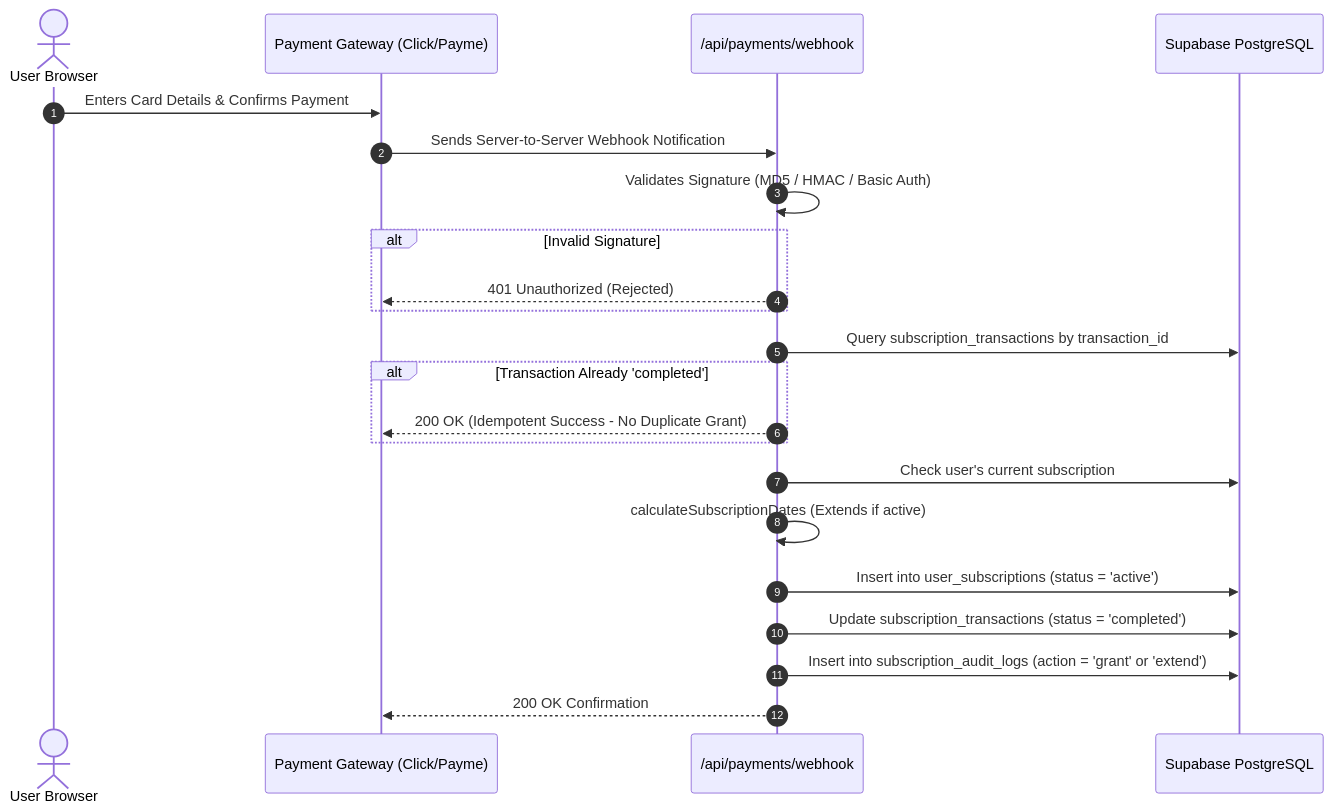
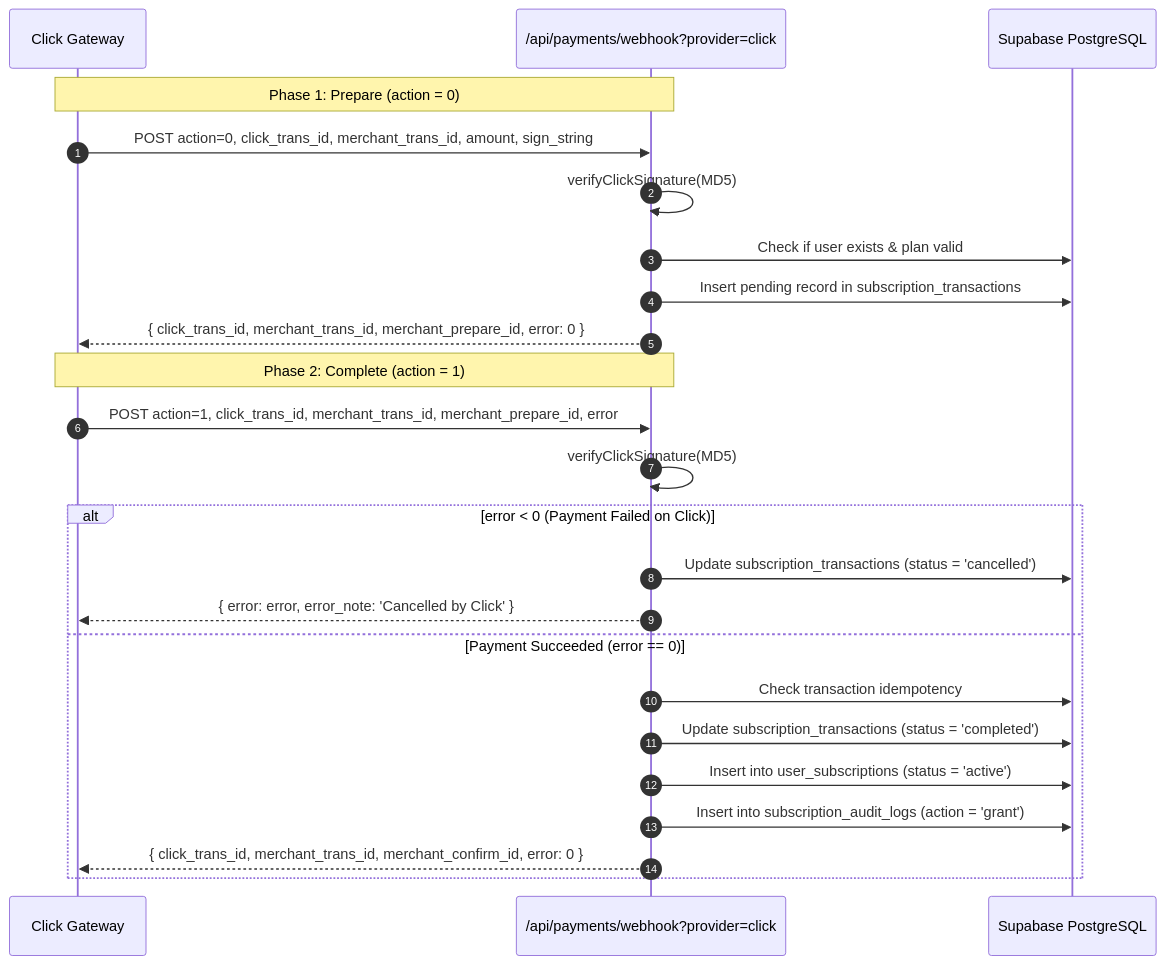
The first of 2 diagrams in docs/PAYMENTS.md (bunyotbeksapayev58-lgtm/Anicity), drawn with Mermaid before and after one commit. The commit also changed other lines of this file and 27 other files, not shown here.

````diff
--- a/docs/PAYMENTS.md
+++ b/docs/PAYMENTS.md
@@ -25,25 +29,28 @@
 ```mermaid
 sequenceDiagram
     autonumber
-    actor User as User Browser
-    participant Gateway as Payment Gateway (Click/Payme)
-    participant Webhook as /api/payments/webhook
+    participant Click as Click Gateway
+    participant Webhook as /api/payments/webhook?provider=click
     participant DB as Supabase PostgreSQL
 
-    User->>Gateway: Enters Card Details & Confirms Payment
-    Gateway->>Webhook: Sends Server-to-Server Webhook Notification
-    Webhook->>Webhook: Validates Signature (MD5 / HMAC / Basic Auth)
-    alt Invalid Signature
-        Webhook-->>Gateway: 401 Unauthorized (Rejected)
+    Note over Click, Webhook: Phase 1: Prepare (action = 0)
+    Click->>Webhook: POST action=0, click_trans_id, merchant_trans_id, amount, sign_string
+    Webhook->>Webhook: verifyClickSignature(MD5)
+    Webhook->>DB: Check if user exists & plan valid
+    Webhook->>DB: Insert pending record in subscription_transactions
+    Webhook-->>Click: { click_trans_id, merchant_trans_id, merchant_prepare_id, error: 0 }
+
+    Note over Click, Webhook: Phase 2: Complete (action = 1)
+    Click->>Webhook: POST action=1, click_trans_id, merchant_trans_id, merchant_prepare_id, error
+    Webhook->>Webhook: verifyClickSignature(MD5)
+    alt error < 0 (Payment Failed on Click)
+        Webhook->>DB: Update subscription_transactions (status = 'cancelled')
+        Webhook-->>Click: { error: error, error_note: 'Cancelled by Click' }
+    else Payment Succeeded (error == 0)
+        Webhook->>DB: Check transaction idempotency
+        Webhook->>DB: Update subscription_transactions (status = 'completed')
+        Webhook->>DB: Insert into user_subscriptions (status = 'active')
+        Webhook->>DB: Insert into subscription_audit_logs (action = 'grant')
+        Webhook-->>Click: { click_trans_id, merchant_trans_id, merchant_confirm_id, error: 0 }
     end
-    Webhook->>DB: Query subscription_transactions by transaction_id
-    alt Transaction Already 'completed'
-        Webhook-->>Gateway: 200 OK (Idempotent Success - No Duplicate Grant)
-    end
-    Webhook->>DB: Check user's current subscription
-    Webhook->>Webhook: calculateSubscriptionDates (Extends if active)
-    Webhook->>DB: Insert into user_subscriptions (status = 'active')
-    Webhook->>DB: Update subscription_transactions (status = 'completed')
-    Webhook->>DB: Insert into subscription_audit_logs (action = 'grant' or 'extend')
-    Webhook-->>Gateway: 200 OK Confirmation
 ```
````
